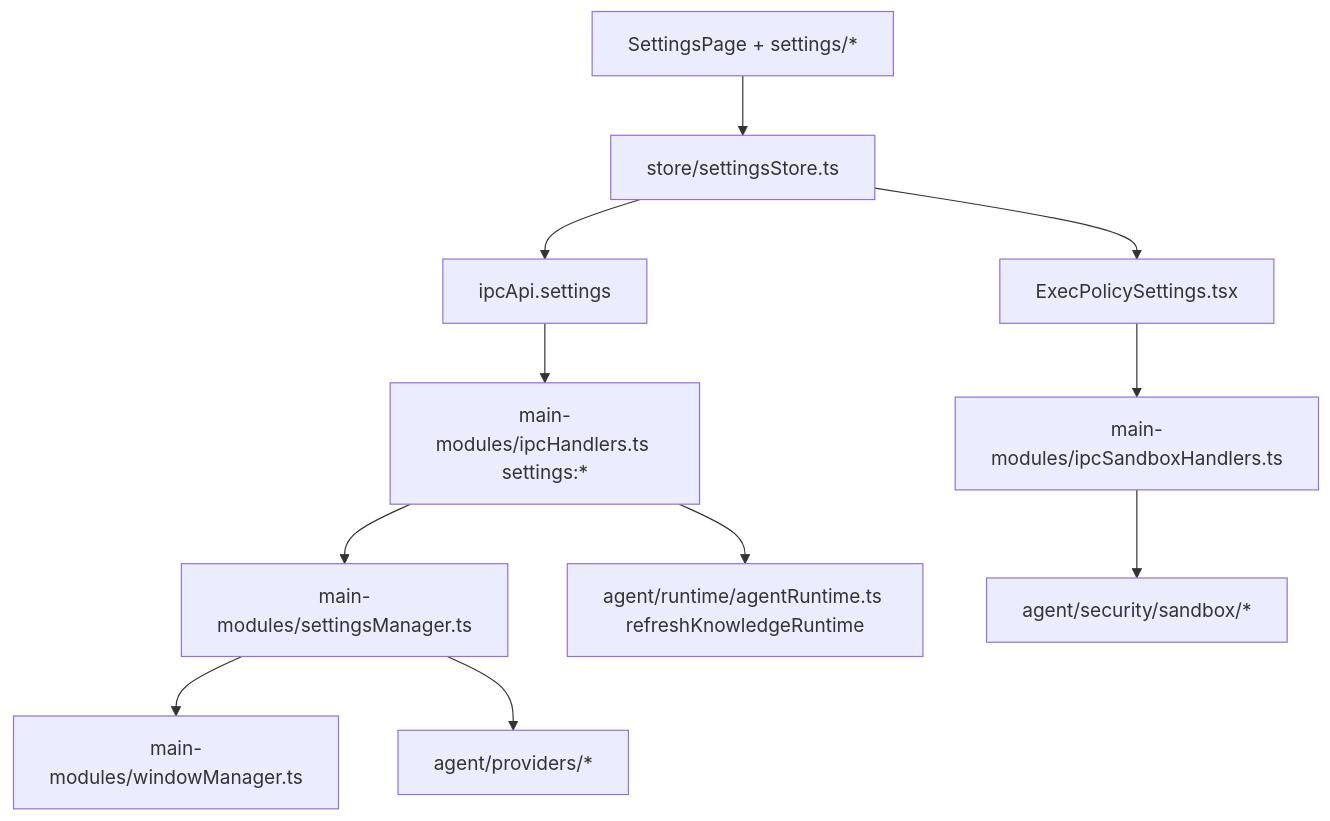
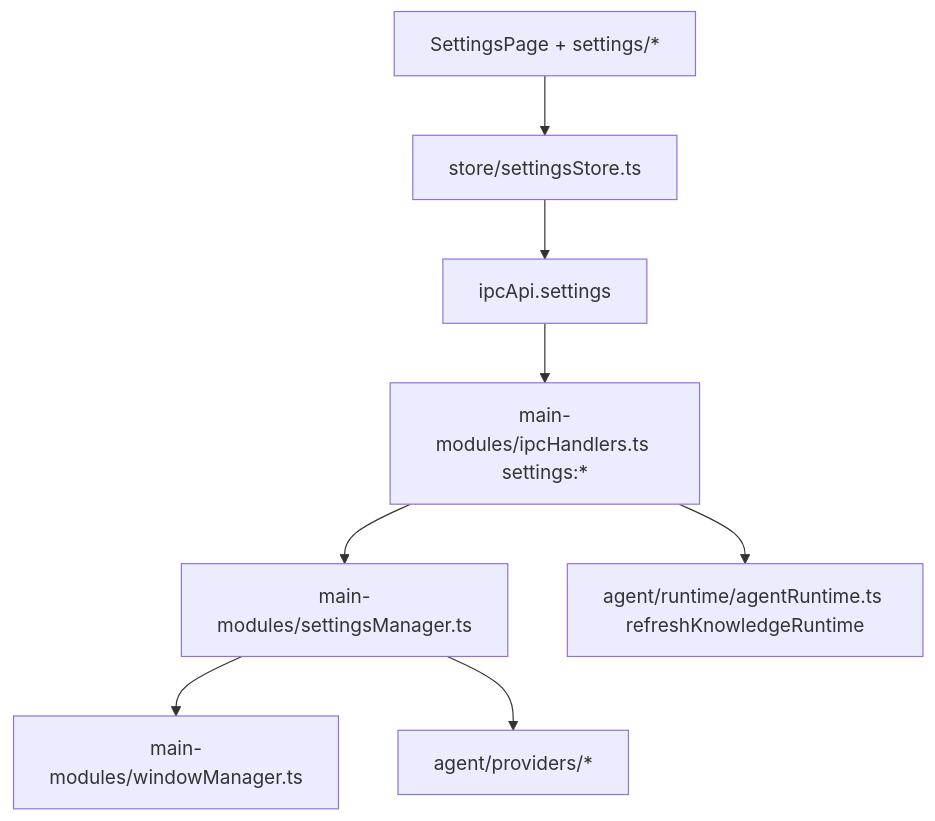
Diagram 11 of 11 in docs/architecture-map.md (Laowang3366/excel-ai-plugin-new-feature), drawn with Mermaid before and after one commit. The commit also changed other lines of this file and 263 other files, not shown here.

````diff
--- a/docs/architecture-map.md
+++ b/docs/architecture-map.md
@@ -505,20 +512,16 @@
 ```mermaid
 flowchart TB
   SettingsUI["SettingsPage + settings/*"]
   SettingsStore["store/settingsStore.ts"]
   IpcSettings["ipcApi.settings"]
   MainSettings["main-modules/settingsManager.ts"]
   IpcHandlers["main-modules/ipcHandlers.ts settings:*"]
   RuntimeRefresh["agent/runtime/agentRuntime.ts refreshKnowledgeRuntime"]
-  SandboxUI["ExecPolicySettings.tsx"]
-  SandboxMain["main-modules/ipcSandboxHandlers.ts"]
-  SandboxCore["agent/security/sandbox/*"]
   WindowMgr["main-modules/windowManager.ts"]
   Providers["agent/providers/*"]
 
   SettingsUI --> SettingsStore --> IpcSettings --> IpcHandlers --> MainSettings
   IpcHandlers --> RuntimeRefresh
-  SettingsStore --> SandboxUI --> SandboxMain --> SandboxCore
   MainSettings --> WindowMgr
   MainSettings --> Providers
 ```
````
